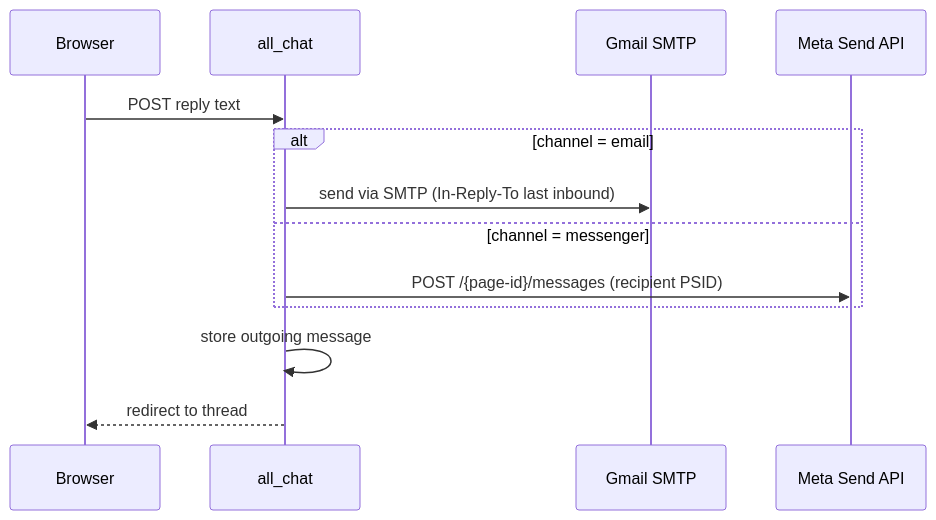
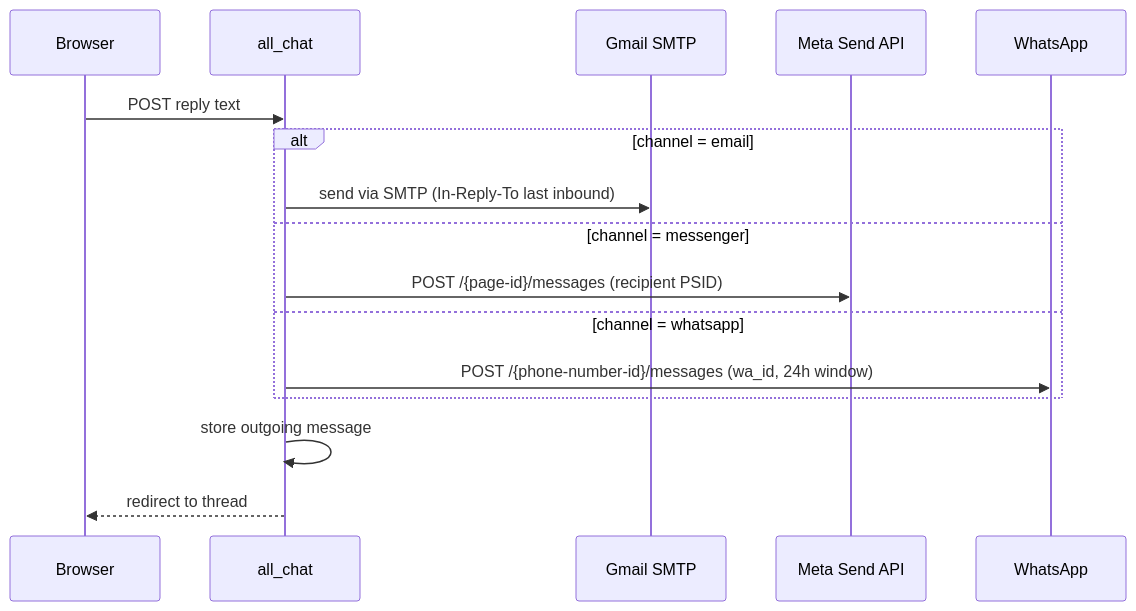
The ninth of 10 diagrams in setup.md (Phurba2/all_chat), drawn with Mermaid before and after one commit. The commit also changed other lines of this file and 6 other files, not shown here.

First line of the commit message:
Add WhatsApp auto-reply to webhook and fix env credential loading

````diff
--- a/setup.md
+++ b/setup.md
@@ -312,16 +401,18 @@
 ```mermaid
 sequenceDiagram
     participant Browser
     participant App as all_chat
     participant Gmail as Gmail SMTP
     participant Page as Meta Send API
 
     Browser->>App: POST reply text
     alt channel = email
         App->>Gmail: send via SMTP (In-Reply-To last inbound)
     else channel = messenger
         App->>Page: POST /{page-id}/messages (recipient PSID)
+    else channel = whatsapp
+        App->>WhatsApp: POST /{phone-number-id}/messages (wa_id, 24h window)
     end
     App->>App: store outgoing message
     App-->>Browser: redirect to thread
 ```
````
